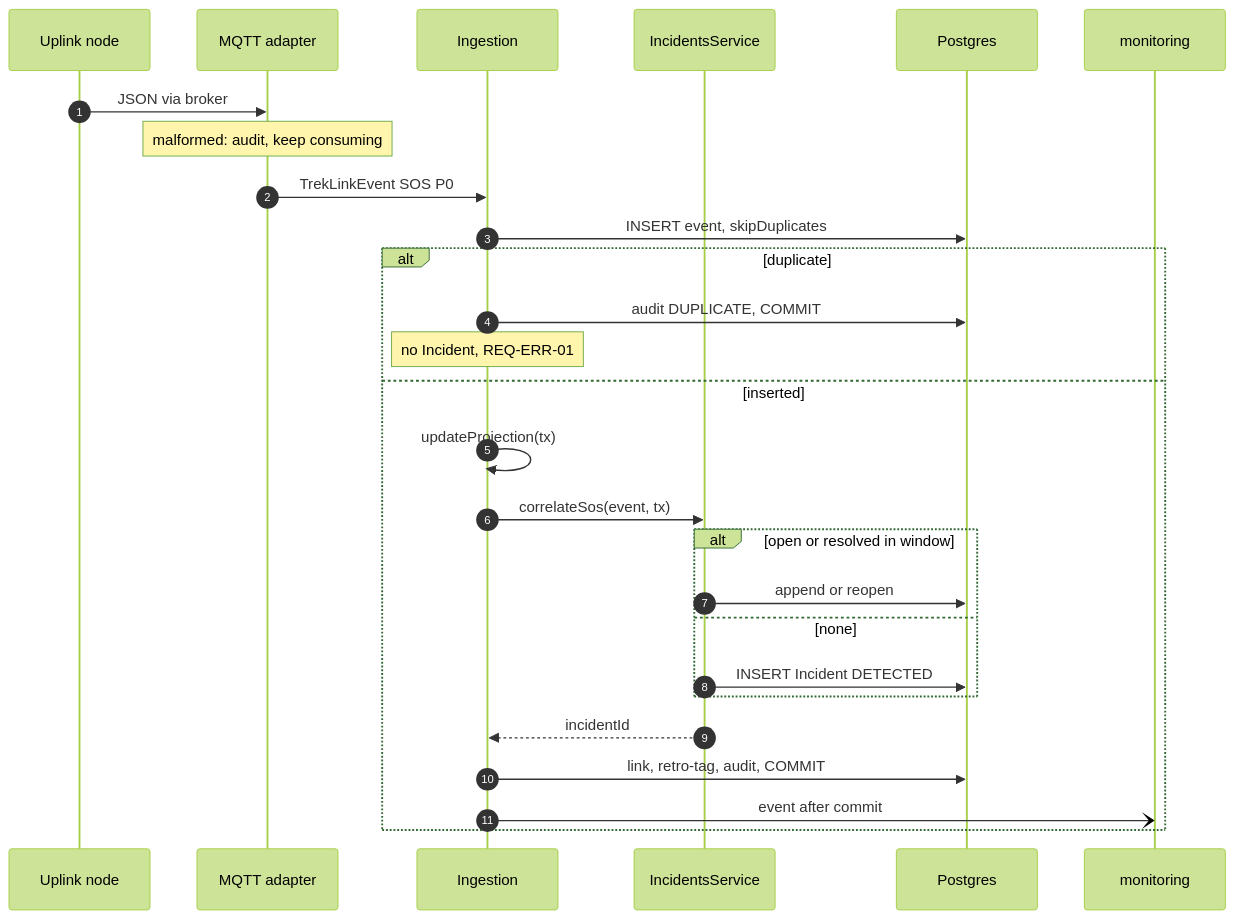
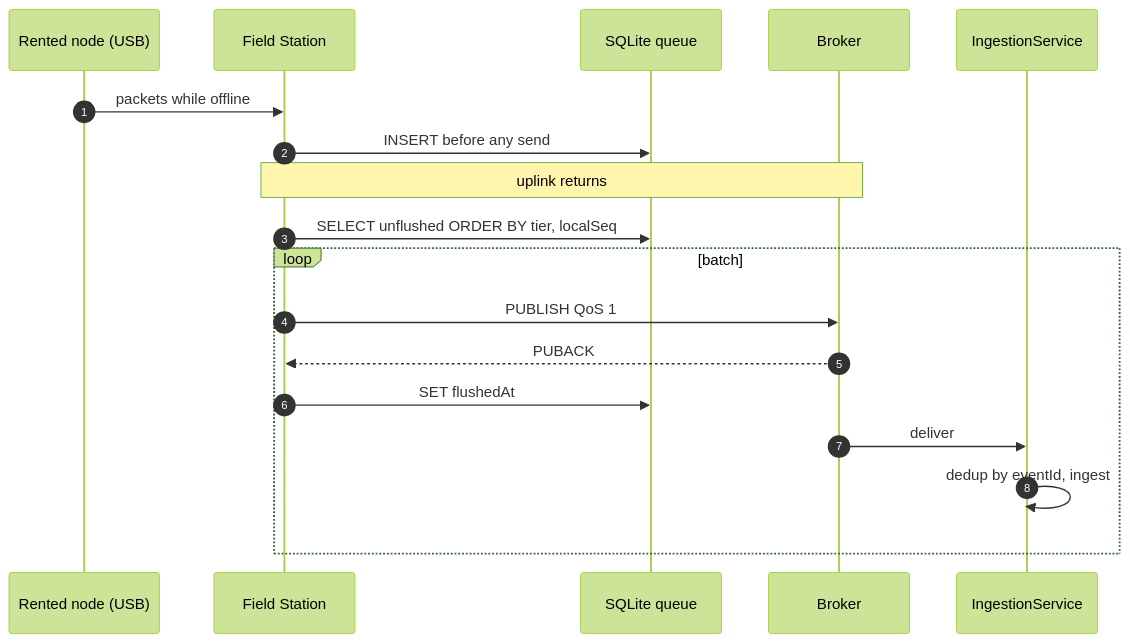
The third of 3 diagrams in specs/gateway-sync/design.md (TrekLink-Team/treklink-web), drawn with Mermaid (forest theme) before and after one commit. The commit also changed other lines of this file and 367 other files, not shown here.

First line of the commit message:
docs: rewrite the module specs and schema from the rescoped SRS

````diff
--- a/specs/gateway-sync/design.md
+++ b/specs/gateway-sync/design.md
@@ -393,29 +125,20 @@
 ```mermaid
 sequenceDiagram
     autonumber
-    participant Node as Uplink node
-    participant Adp as MQTT adapter
-    participant Ing as Ingestion
-    participant Inc as IncidentsService
-    participant DB as Postgres
-    participant Mon as monitoring
-    Node->>Adp: JSON via broker
-    Note over Adp: malformed: audit, keep consuming
-    Adp->>Ing: TrekLinkEvent SOS P0
-    Ing->>DB: INSERT event, skipDuplicates
-    alt duplicate
-        Ing->>DB: audit DUPLICATE, COMMIT
-        Note over Ing: no Incident, REQ-ERR-01
-    else inserted
-        Ing->>Ing: updateProjection(tx)
-        Ing->>Inc: correlateSos(event, tx)
-        alt open or resolved in window
-            Inc->>DB: append or reopen
-        else none
-            Inc->>DB: INSERT Incident DETECTED
-        end
-        Inc-->>Ing: incidentId
-        Ing->>DB: link, retro-tag, audit, COMMIT
-        Ing-)Mon: event after commit
+    participant N as Rented node (USB)
+    participant F as Field Station
+    participant Q as SQLite queue
+    participant B as Broker
+    participant G as IngestionService
+    N->>F: packets while offline
+    F->>Q: INSERT before any send
+    Note over F,B: uplink returns
+    F->>Q: SELECT unflushed ORDER BY tier, localSeq
+    loop batch
+        F->>B: PUBLISH QoS 1
+        B-->>F: PUBACK
+        F->>Q: SET flushedAt
+        B->>G: deliver
+        G->>G: dedup by eventId, ingest
     end
 ```
````
